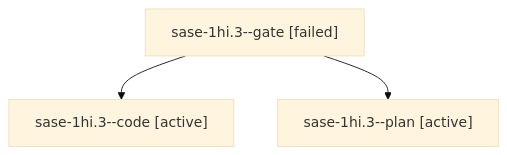
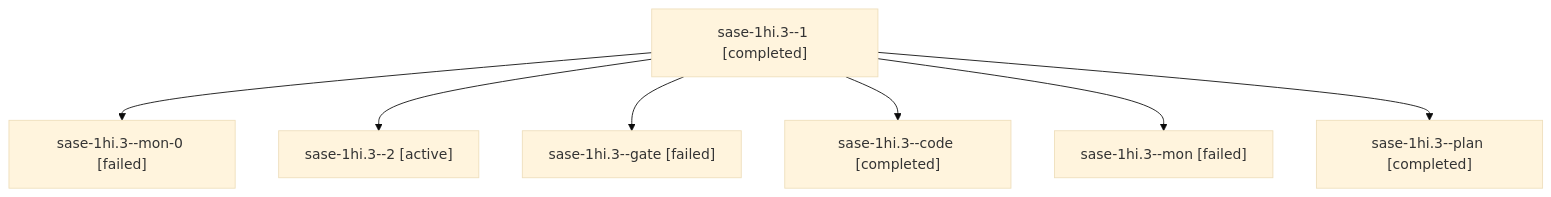
Before and after one commit to sase-org/sase--agents: the diagram in sessions/bbugyi200.apollo.sase-1hi.3.md, drawn with Mermaid (base theme). The commit also changed other lines of this file and 63 other files, not shown here.

````diff
--- a/sessions/bbugyi200.apollo.sase-1hi.3.md
+++ b/sessions/bbugyi200.apollo.sase-1hi.3.md
@@ -9,8 +9,16 @@
 ```mermaid
 flowchart TD
-  n0["sase-1hi.3--gate [failed]"]
-  n1["sase-1hi.3--code [active]"]
+  n0["sase-1hi.3--1 [completed]"]
+  n1["sase-1hi.3--mon-0 [failed]"]
   n0 --> n1
-  n2["sase-1hi.3--plan [active]"]
+  n2["sase-1hi.3--2 [active]"]
   n0 --> n2
+  n3["sase-1hi.3--gate [failed]"]
+  n0 --> n3
+  n4["sase-1hi.3--code [completed]"]
+  n0 --> n4
+  n5["sase-1hi.3--mon [failed]"]
+  n0 --> n5
+  n6["sase-1hi.3--plan [completed]"]
+  n0 --> n6
 ```
````
